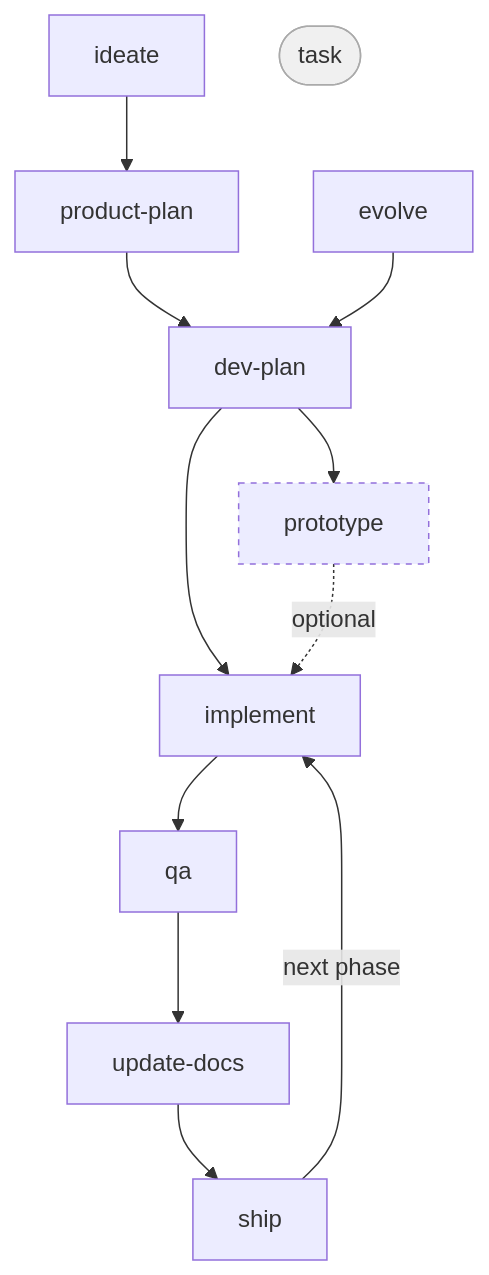
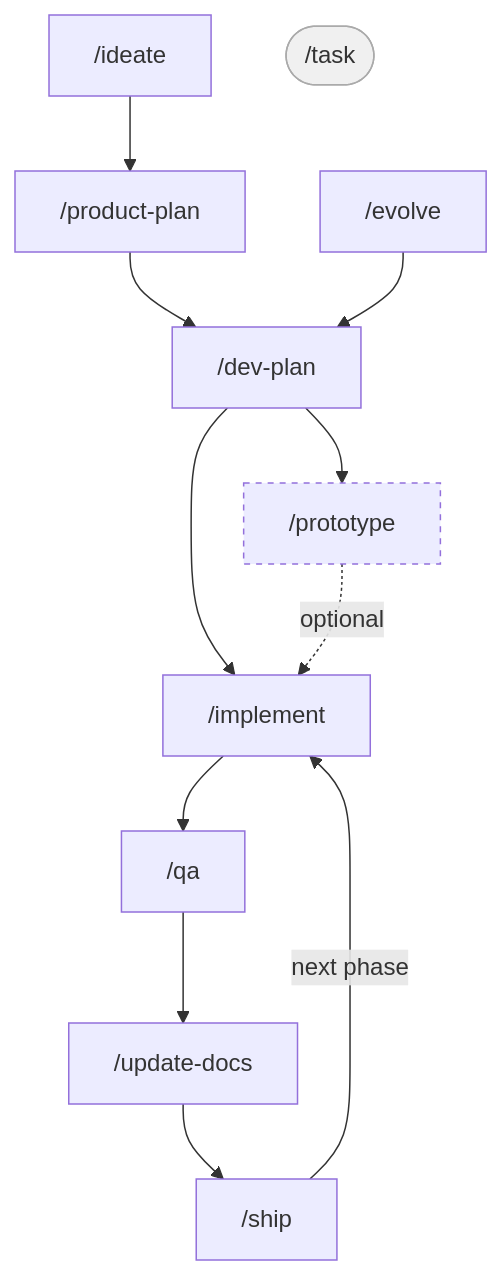
The diagram in README.md (RubenGlez/harness), drawn with Mermaid before and after one commit. The commit also changed other lines of this file and 1 other file, not shown here.

````diff
--- a/README.md
+++ b/README.md
@@ -38,15 +38,15 @@
 ```mermaid
 flowchart TD
-    ideate --> product-plan --> dev-plan
-    evolve --> dev-plan
-    dev-plan --> prototype
-    dev-plan --> implement
+    ideate["/ideate"] --> productPlan["/product-plan"] --> devPlan["/dev-plan"]
+    evolve["/evolve"] --> devPlan
+    devPlan --> prototype["/prototype"]
+    devPlan --> implement["/implement"]
     prototype -. optional .-> implement
-    implement --> qa --> update-docs --> ship
+    implement --> qa["/qa"] --> updateDocs["/update-docs"] --> ship["/ship"]
     ship -->|next phase| implement
 
-    task([task])
+    task(["/task"])
 
     style prototype stroke-dasharray:4 4
     style task fill:#f0f0f0,stroke:#aaa
 ```
````
